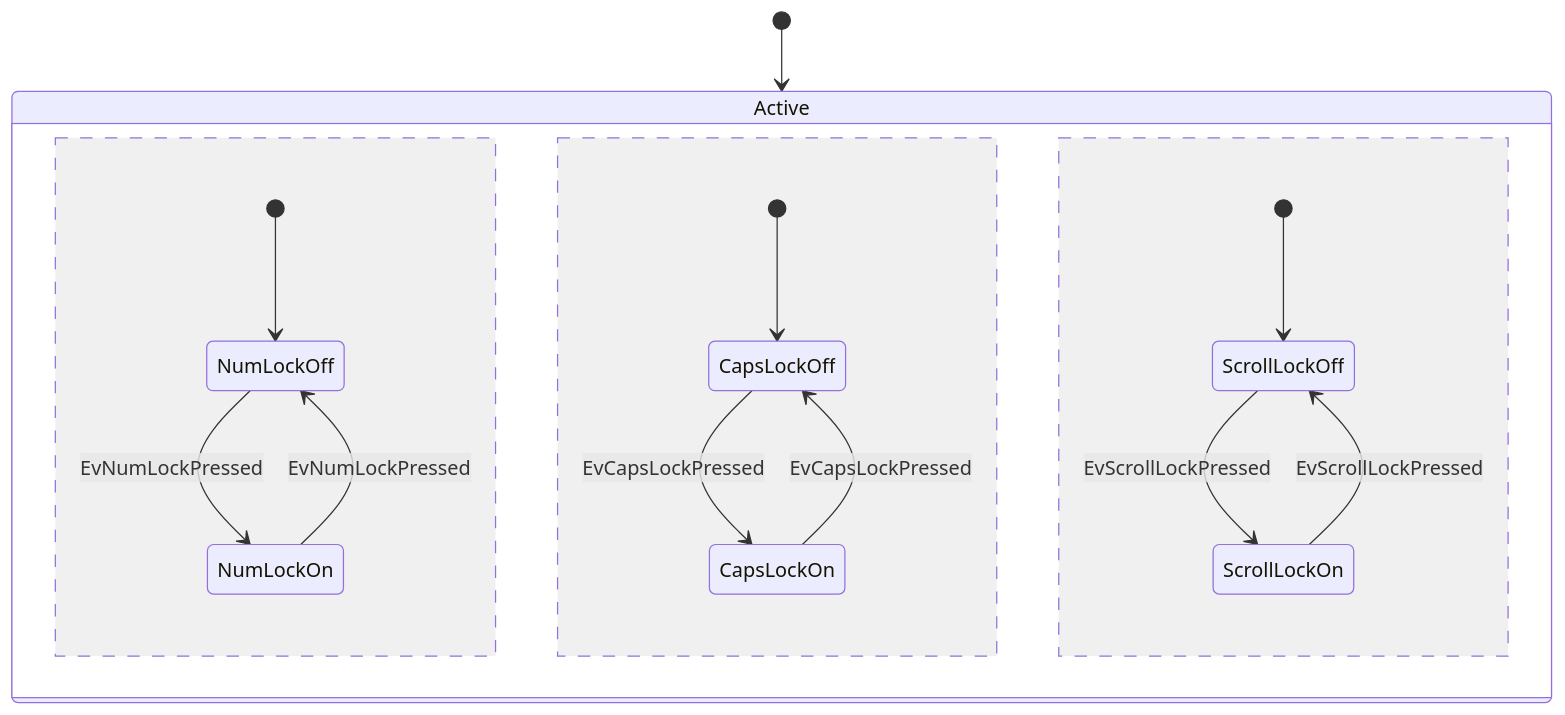
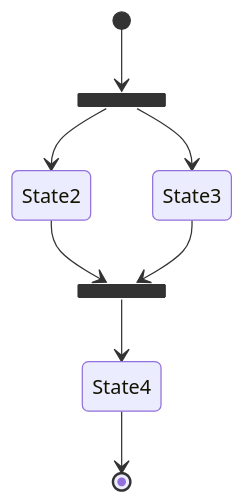
One commit to nirzaf/material-blogs changed the third of 5 diagrams in docs/reference/diagrams.md. Above: the diagram before and after it, drawn with Mermaid. The commit also changed other lines of this file and 20 other files, not shown here.

````diff
--- a/docs/reference/diagrams.md
+++ b/docs/reference/diagrams.md
@@ -154,18 +147,13 @@
 ``` mermaid
 stateDiagram-v2
-  [*] --> Active
+  state fork_state <<fork>>
+    [*] --> fork_state
+    fork_state --> State2
+    fork_state --> State3
 
-  state Active {
-    [*] --> NumLockOff
-    NumLockOff --> NumLockOn : EvNumLockPressed
-    NumLockOn --> NumLockOff : EvNumLockPressed
-    --
-    [*] --> CapsLockOff
-    CapsLockOff --> CapsLockOn : EvCapsLockPressed
-    CapsLockOn --> CapsLockOff : EvCapsLockPressed
-    --
-    [*] --> ScrollLockOff
-    ScrollLockOff --> ScrollLockOn : EvScrollLockPressed
-    ScrollLockOn --> ScrollLockOff : EvScrollLockPressed
-  }
+    state join_state <<join>>
+    State2 --> join_state
+    State3 --> join_state
+    join_state --> State4
+    State4 --> [*]
 ```
````
